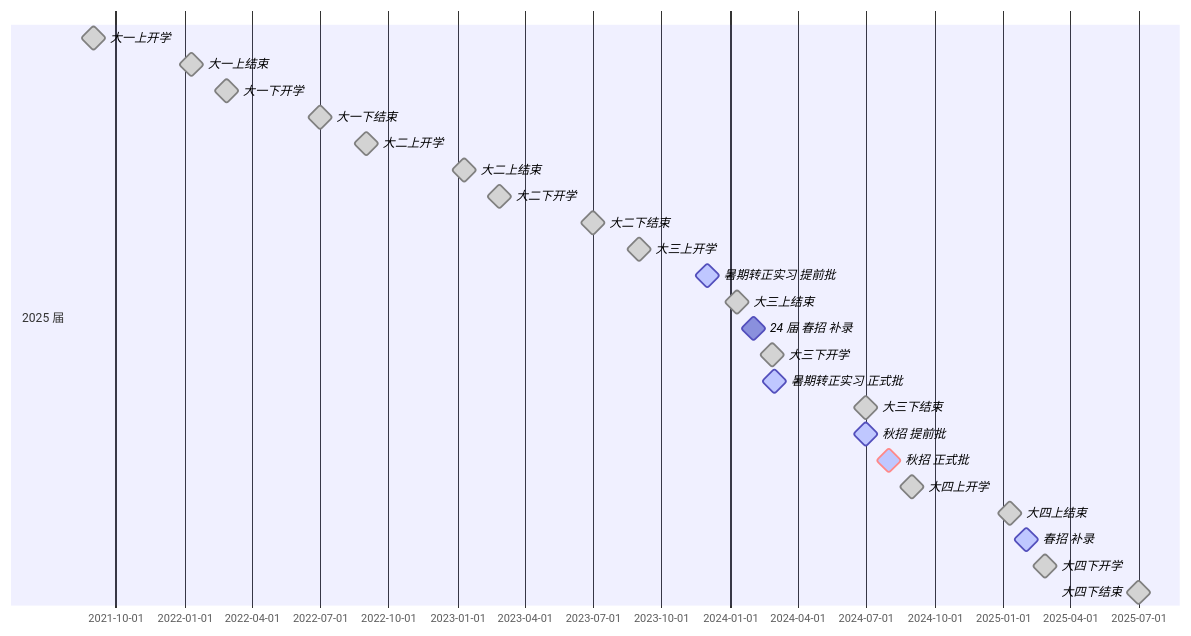
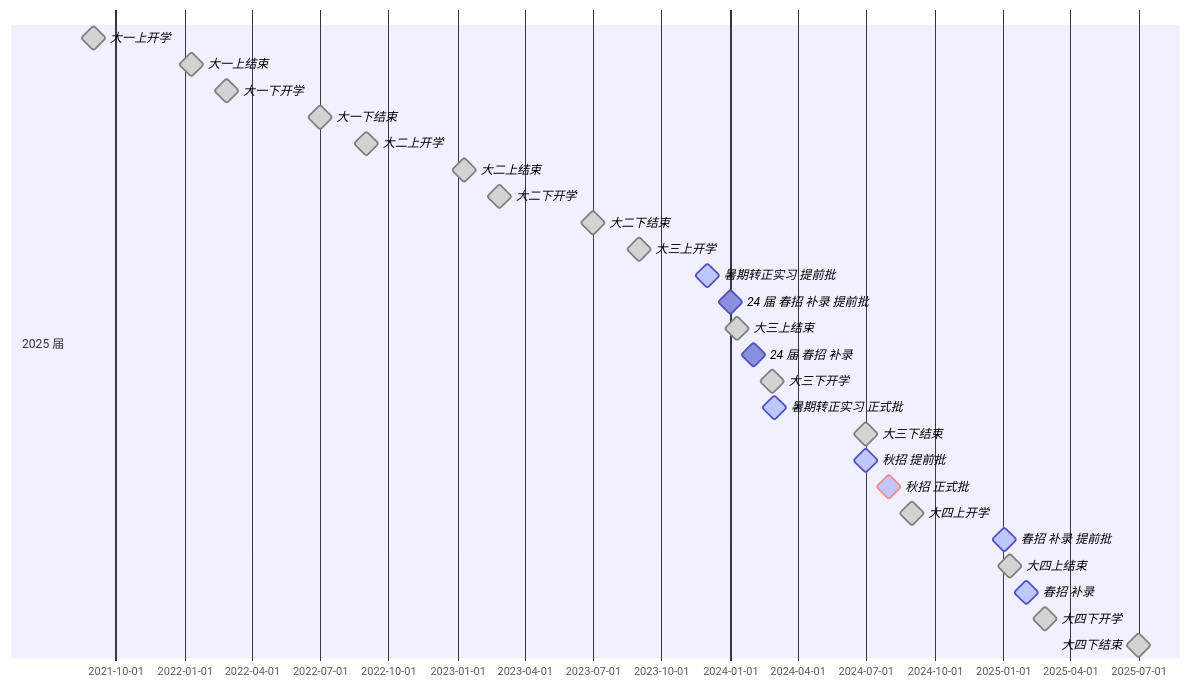
The second of 3 diagrams in 专题/【长线】实时关注招聘.md (james-curtis/public-diary), drawn with Mermaid before and after one commit. The commit also changed other lines of this file, not shown here.

````diff
--- a/专题/【长线】实时关注招聘.md
+++ b/专题/【长线】实时关注招聘.md
@@ -101,45 +107,51 @@
 ```mermaid
 gantt
     dateFormat  YYYY-MM-DD
 
     section 2025 届
     大一上开学      :milestone, done, 2021-09-01, 0d
 
     大一上结束      :milestone, done, 2022-01-10, 0d
     大一下开学      :milestone, done, 2022-02-26, 0d
     大一下结束      :milestone, done, 2022-07-01, 0d
     大二上开学      :milestone, done, 2022-09-01, 0d
 
     大二上结束      :milestone, done, 2023-01-10, 0d
     大二下开学      :milestone, done, 2023-02-26, 0d
     大二下结束      :milestone, done, 2023-07-01, 0d
     大三上开学      :milestone, done, 2023-09-01, 0d
 
     %% 招聘
     暑期转正实习 提前批 :milestone, active, 2023-12-01, 0d
     %% 招聘
 
+    %% 招聘
+    24 届 春招 补录 提前批    :milestone, 2024-01-02, 0d
+    %% 招聘
     大三上结束      :milestone, done, 2024-01-10, 0d
     %% 招聘
     24 届 春招 补录    :milestone, 2024-02-01, 0d
     %% 招聘
     大三下开学      :milestone, done, 2024-02-26, 0d
     %% 招聘
     暑期转正实习 正式批 :milestone, active, 2024-03-01, 0d
     %% 招聘
     大三下结束      :milestone, done, 2024-07-01, 0d
     %% 招聘
     秋招 提前批     :milestone, active, 2024-07-01, 0d
     秋招 正式批     :milestone, active, crit, 2024-08-01, 0d
     %% 招聘
     大四上开学      :milestone, done, 2024-09-01, 0d
 
+    %% 招聘
+    春招 补录 提前批       :milestone, active, 2025-01-02, 0d
+    %% 招聘
     大四上结束      :milestone, done, 2025-01-10, 0d
     %% 招聘
     春招 补录       :milestone, active, 2025-02-01, 0d
     %% 招聘
     大四下开学      :milestone, done, 2025-02-26, 0d
     大四下结束      :milestone, done, 2025-07-01, 0d
 
     %% 其他
 ```
````
